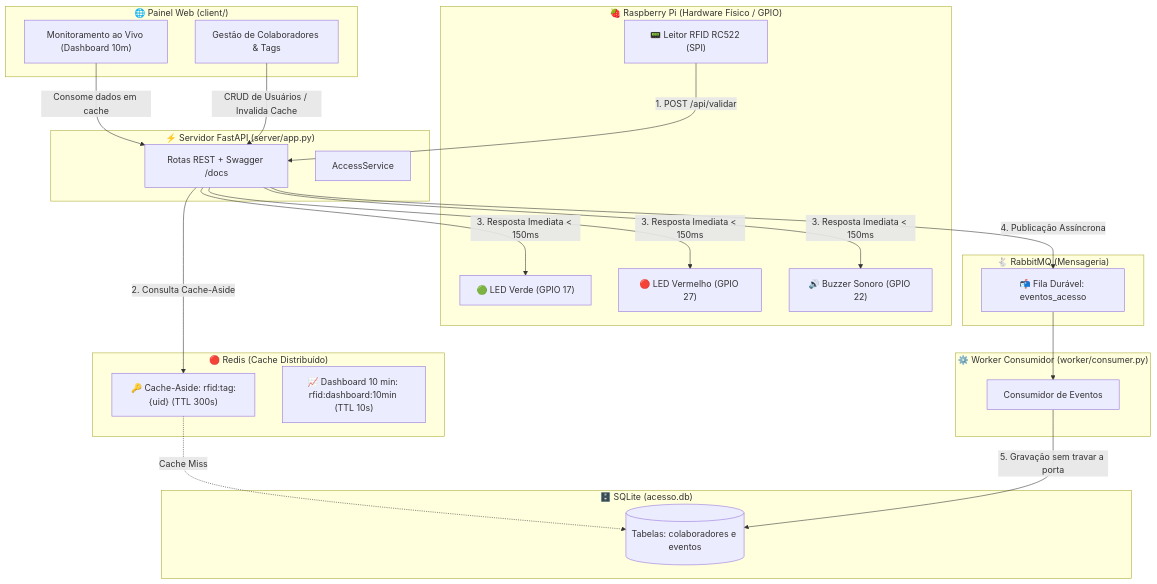
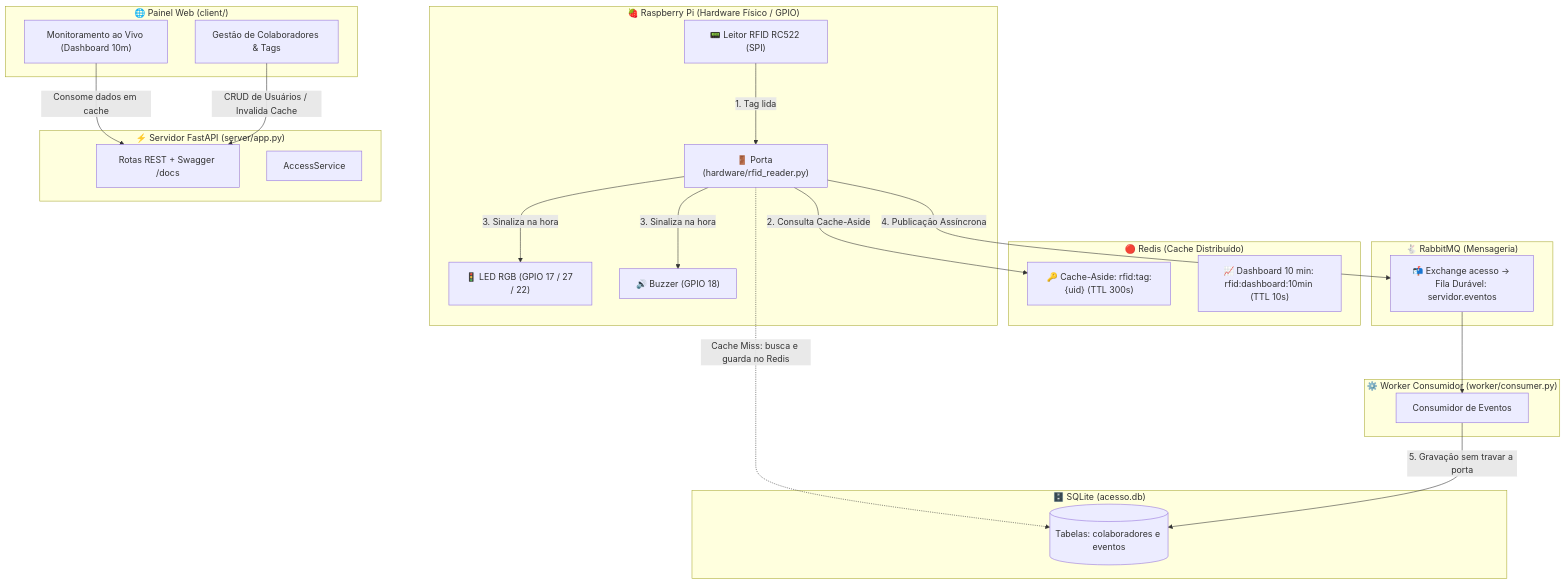
One commit to gabhmm/controle-acesso-rfid changed the diagram in README.md. Above: the diagram before and after it, drawn with Mermaid. The commit also changed other lines of this file and 5 other files, not shown here.

````diff
--- a/README.md
+++ b/README.md
@@ -9,48 +9,47 @@
 ```mermaid
 flowchart TD
     subgraph Hardware ["🍓 Raspberry Pi (Hardware Físico / GPIO)"]
         RC522["📟 Leitor RFID RC522 (SPI)"]
-        LED_G["🟢 LED Verde (GPIO 17)"]
-        LED_R["🔴 LED Vermelho (GPIO 27)"]
-        BUZZ["🔊 Buzzer Sonoro (GPIO 22)"]
+        Porta["🚪 Porta (hardware/rfid_reader.py)"]
+        LED["🚦 LED RGB (GPIO 17 / 27 / 22)"]
+        BUZZ["🔊 Buzzer (GPIO 18)"]
     end
 
     subgraph API_FastAPI ["⚡ Servidor FastAPI (server/app.py)"]
         API["Rotas REST + Swagger /docs"]
         Service["AccessService"]
     end
 
     subgraph Cache_Redis ["🔴 Redis (Cache Distribuído)"]
         R_Tag["🔑 Cache-Aside: rfid:tag:{uid} (TTL 300s)"]
         R_Dash["📈 Dashboard 10 min: rfid:dashboard:10min (TTL 10s)"]
     end
 
     subgraph Mensageria_RabbitMQ ["🐇 RabbitMQ (Mensageria)"]
-        Queue["📬 Fila Durável: eventos_acesso"]
+        Queue["📬 Exchange acesso → Fila Durável: servidor.eventos"]
     end
 
     subgraph Background_Worker ["⚙️ Worker Consumidor (worker/consumer.py)"]
         Worker["Consumidor de Eventos"]
     end
 
     subgraph Database ["🗄️ SQLite (acesso.db)"]
         DB[(Tabelas: colaboradores e eventos)]
     end
 
     subgraph WebClient ["🌐 Painel Web (client/)"]
         WebAdmin["Gestão de Colaboradores & Tags"]
         WebMonitor["Monitoramento ao Vivo (Dashboard 10m)"]
     end
 
-    RC522 -->|1. POST /api/validar| API
-    API -->|2. Consulta Cache-Aside| R_Tag
-    R_Tag -.->|Cache Miss| DB
-    API -->|3. Resposta Imediata < 150ms| LED_G
-    API -->|3. Resposta Imediata < 150ms| LED_R
-    API -->|3. Resposta Imediata < 150ms| BUZZ
-    API -->|4. Publicação Assíncrona| Queue
+    RC522 -->|1. Tag lida| Porta
+    Porta -->|2. Consulta Cache-Aside| R_Tag
+    Porta -.->|Cache Miss: busca e guarda no Redis| DB
+    Porta -->|3. Sinaliza na hora| LED
+    Porta -->|3. Sinaliza na hora| BUZZ
+    Porta -->|4. Publicação Assíncrona| Queue
     Queue --> Worker
     Worker -->|5. Gravação sem travar a porta| DB
     WebMonitor -->|Consome dados em cache| API
     WebAdmin -->|CRUD de Usuários / Invalida Cache| API
 ```
````
